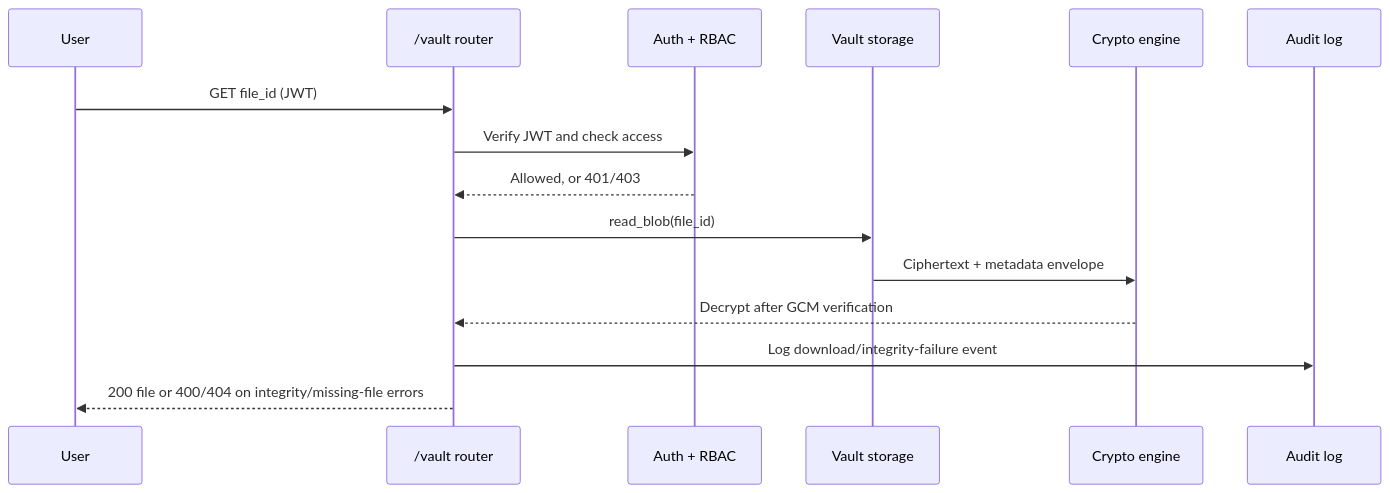
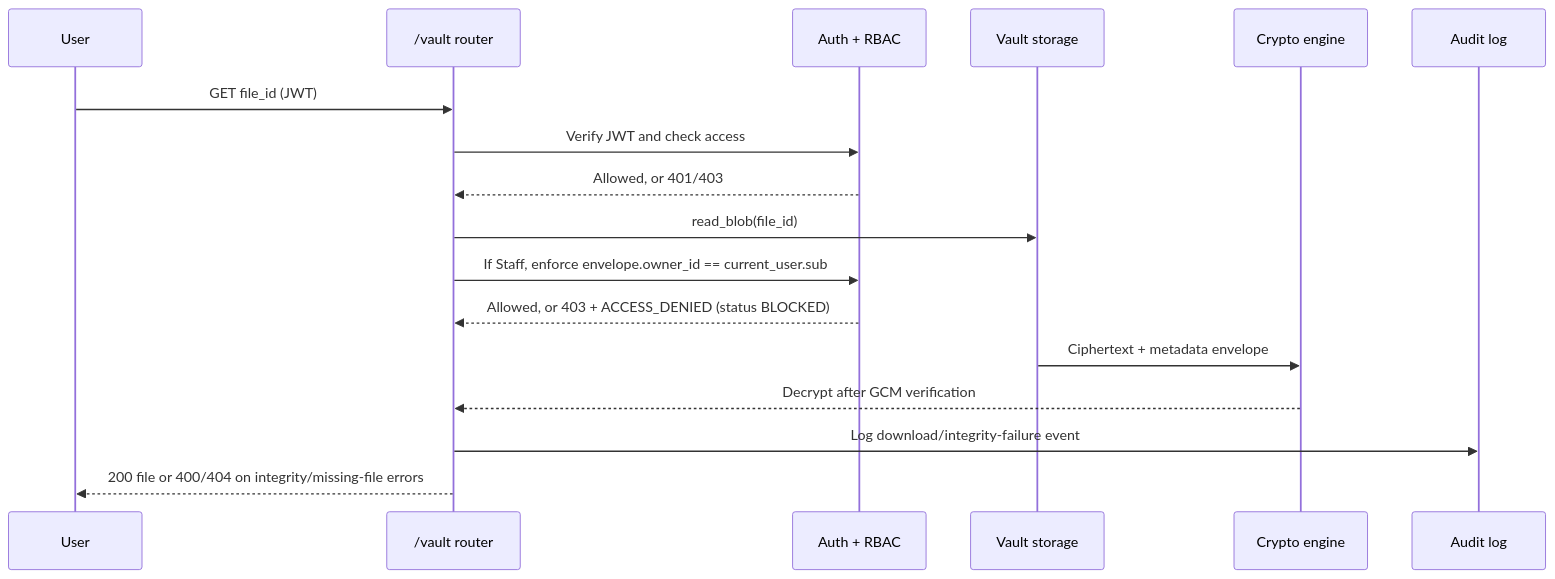
The third of 3 diagrams in docs/ARCHITECTURE.md (vitokwon/secure-financial-vault), drawn with Mermaid before and after one commit. The commit also changed other lines of this file and 6 other files, not shown here.

````diff
--- a/docs/ARCHITECTURE.md
+++ b/docs/ARCHITECTURE.md
@@ -149,17 +149,19 @@
 ```mermaid
 sequenceDiagram
     participant U as User
     participant API as /vault router
     participant A as Auth + RBAC
     participant S as Vault storage
     participant C as Crypto engine
     participant L as Audit log
     U->>API: GET file_id (JWT)
     API->>A: Verify JWT and check access
     A-->>API: Allowed, or 401/403
     API->>S: read_blob(file_id)
+    API->>A: If Staff, enforce envelope.owner_id == current_user.sub
+    A-->>API: Allowed, or 403 + ACCESS_DENIED (status BLOCKED)
     S->>C: Ciphertext + metadata envelope
     C-->>API: Decrypt after GCM verification
     API->>L: Log download/integrity-failure event
     API-->>U: 200 file or 400/404 on integrity/missing-file errors
 ```
````
